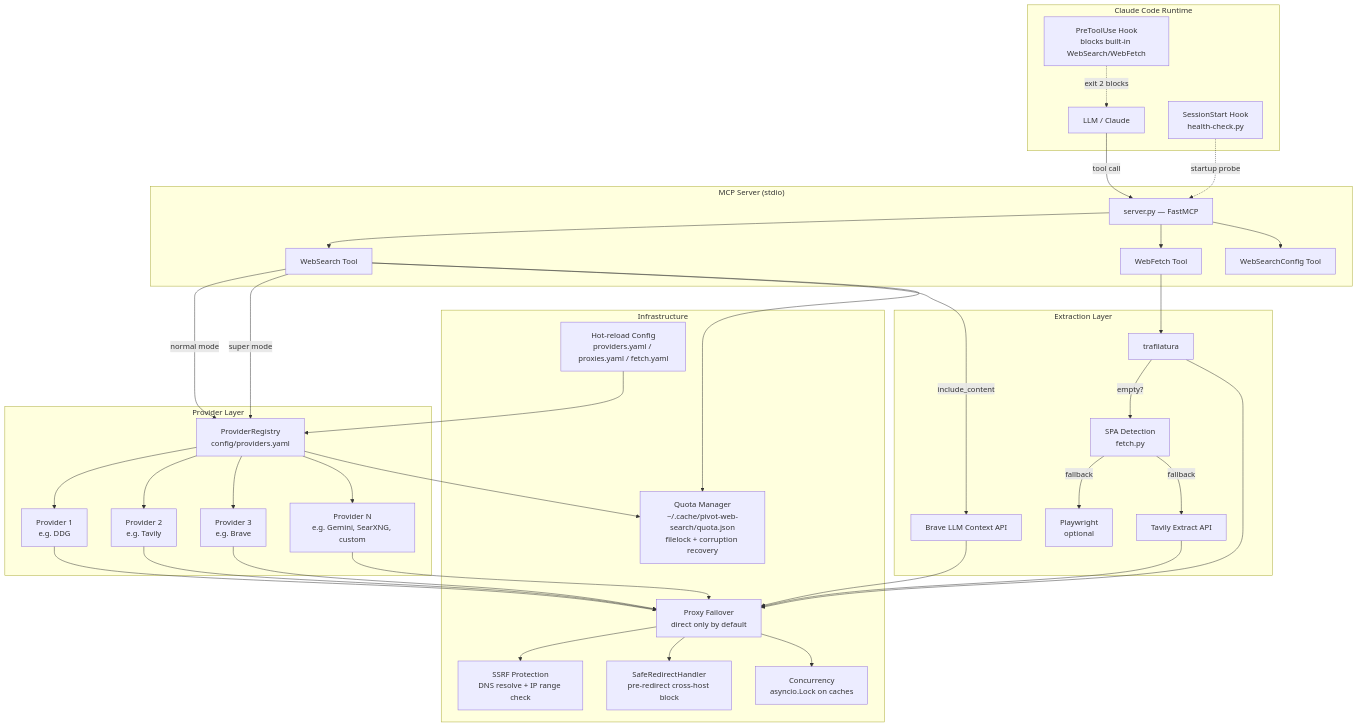
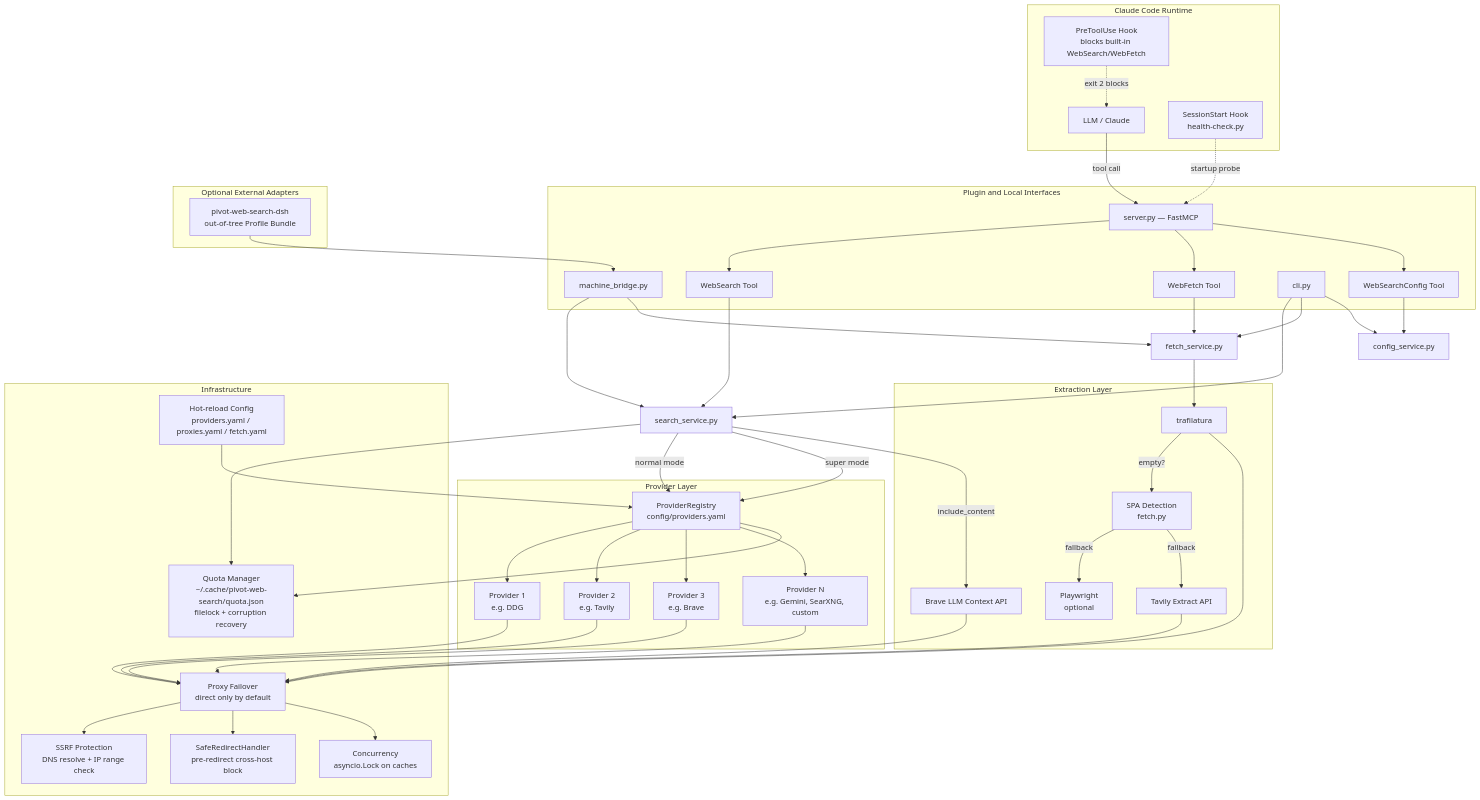
One commit to Tannnnhauser/pivot-web-search changed the first of 5 diagrams in ARCHITECTURE.md. Above: the diagram before and after it, drawn with Mermaid. The commit also changed other lines of this file and 33 other files, not shown here.

First line of the commit message:
Add out-of-tree DeepSeek Harness adapter (#26)

````diff
--- a/ARCHITECTURE.md
+++ b/ARCHITECTURE.md
@@ -10,11 +10,21 @@
         Health[SessionStart Hook<br/>health-check.py]
     end
 
-    subgraph "MCP Server (stdio)"
+    subgraph "Plugin and Local Interfaces"
         Server[server.py — FastMCP]
         WS[WebSearch Tool]
         WF[WebFetch Tool]
         WC[WebSearchConfig Tool]
+        CLI[cli.py]
+        Bridge[machine_bridge.py]
+    end
+
+    SearchCore[search_service.py]
+    FetchCore[fetch_service.py]
+    ConfigCore[config_service.py]
+
+    subgraph "Optional External Adapters"
+        DSH[pivot-web-search-dsh<br/>out-of-tree Profile Bundle]
     end
 
     subgraph "Provider Layer"
@@ -50,15 +60,25 @@
     Server --> WF
     Server --> WC
 
-    WS -->|normal mode| Registry
-    WS -->|super mode| Registry
-    WS -->|include_content| BLC
+    WS --> SearchCore
+    WF --> FetchCore
+    WC --> ConfigCore
+    CLI --> SearchCore
+    CLI --> FetchCore
+    CLI --> ConfigCore
+    DSH --> Bridge
+    Bridge --> SearchCore
+    Bridge --> FetchCore
+
+    SearchCore -->|normal mode| Registry
+    SearchCore -->|super mode| Registry
+    SearchCore -->|include_content| BLC
     Registry --> P1
     Registry --> P2
     Registry --> P3
     Registry --> PN
 
-    WF --> Traf
+    FetchCore --> Traf
     Traf -->|empty?| SPA
     SPA -->|fallback| PW
     SPA -->|fallback| TE
@@ -76,6 +96,6 @@
     Proxy --> Lock
 
     Registry --> Quota
-    WS --> Quota
+    SearchCore --> Quota
     Config --> Registry
 ```
````
